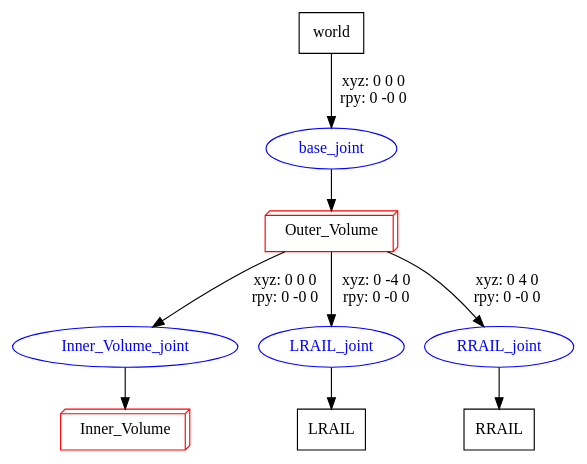
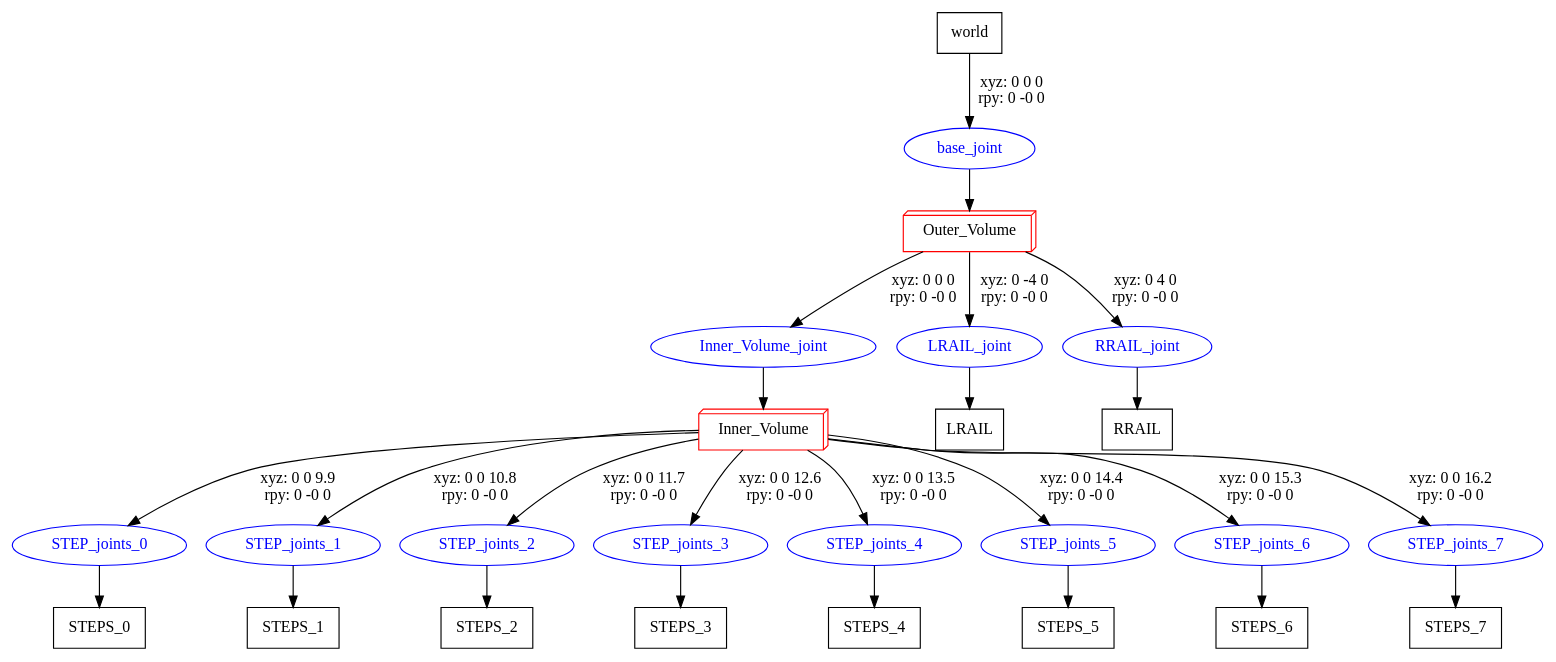
Before and after one commit to openhumanoids/oh-distro: the diagram in software/object_template_model/Ladder1.gv, drawn with Graphviz. The commit also changed 11 other files, not shown here.

```diff
--- a/software/object_template_model/Ladder1.gv
+++ b/software/object_template_model/Ladder1.gv
@@ -1,18 +1,42 @@
 digraph G {
 node [shape=box];
 "world" [label="world"];
+"STEPS_0" [label="STEPS_0"];
+"STEPS_1" [label="STEPS_1"];
+"STEPS_2" [label="STEPS_2"];
+"STEPS_3" [label="STEPS_3"];
+"STEPS_4" [label="STEPS_4"];
+"STEPS_5" [label="STEPS_5"];
+"STEPS_6" [label="STEPS_6"];
+"STEPS_7" [label="STEPS_7"];
 "LRAIL" [label="LRAIL"];
 "RRAIL" [label="RRAIL"];
 node [shape=box3d,  color=red];
 "Outer_Volume" [label="Outer_Volume"];
 "Inner_Volume" [label="Inner_Volume"];
 node [shape=ellipse, color=blue, fontcolor=blue];
 "world" -> "base_joint" [label="xyz: 0 0 0 \nrpy: 0 -0 0"]
 "base_joint" -> "Outer_Volume"
 "Outer_Volume" -> "Inner_Volume_joint" [label="xyz: 0 0 0 \nrpy: 0 -0 0"]
 "Inner_Volume_joint" -> "Inner_Volume"
+"Inner_Volume" -> "STEP_joints_0" [label="xyz: 0 0 9.9 \nrpy: 0 -0 0"]
+"STEP_joints_0" -> "STEPS_0"
+"Inner_Volume" -> "STEP_joints_1" [label="xyz: 0 0 10.8 \nrpy: 0 -0 0"]
+"STEP_joints_1" -> "STEPS_1"
+"Inner_Volume" -> "STEP_joints_2" [label="xyz: 0 0 11.7 \nrpy: 0 -0 0"]
+"STEP_joints_2" -> "STEPS_2"
+"Inner_Volume" -> "STEP_joints_3" [label="xyz: 0 0 12.6 \nrpy: 0 -0 0"]
+"STEP_joints_3" -> "STEPS_3"
+"Inner_Volume" -> "STEP_joints_4" [label="xyz: 0 0 13.5 \nrpy: 0 -0 0"]
+"STEP_joints_4" -> "STEPS_4"
+"Inner_Volume" -> "STEP_joints_5" [label="xyz: 0 0 14.4 \nrpy: 0 -0 0"]
+"STEP_joints_5" -> "STEPS_5"
+"Inner_Volume" -> "STEP_joints_6" [label="xyz: 0 0 15.3 \nrpy: 0 -0 0"]
+"STEP_joints_6" -> "STEPS_6"
+"Inner_Volume" -> "STEP_joints_7" [label="xyz: 0 0 16.2 \nrpy: 0 -0 0"]
+"STEP_joints_7" -> "STEPS_7"
 "Outer_Volume" -> "LRAIL_joint" [label="xyz: 0 -4 0 \nrpy: 0 -0 0"]
 "LRAIL_joint" -> "LRAIL"
 "Outer_Volume" -> "RRAIL_joint" [label="xyz: 0 4 0 \nrpy: 0 -0 0"]
 "RRAIL_joint" -> "RRAIL"
 }
```
